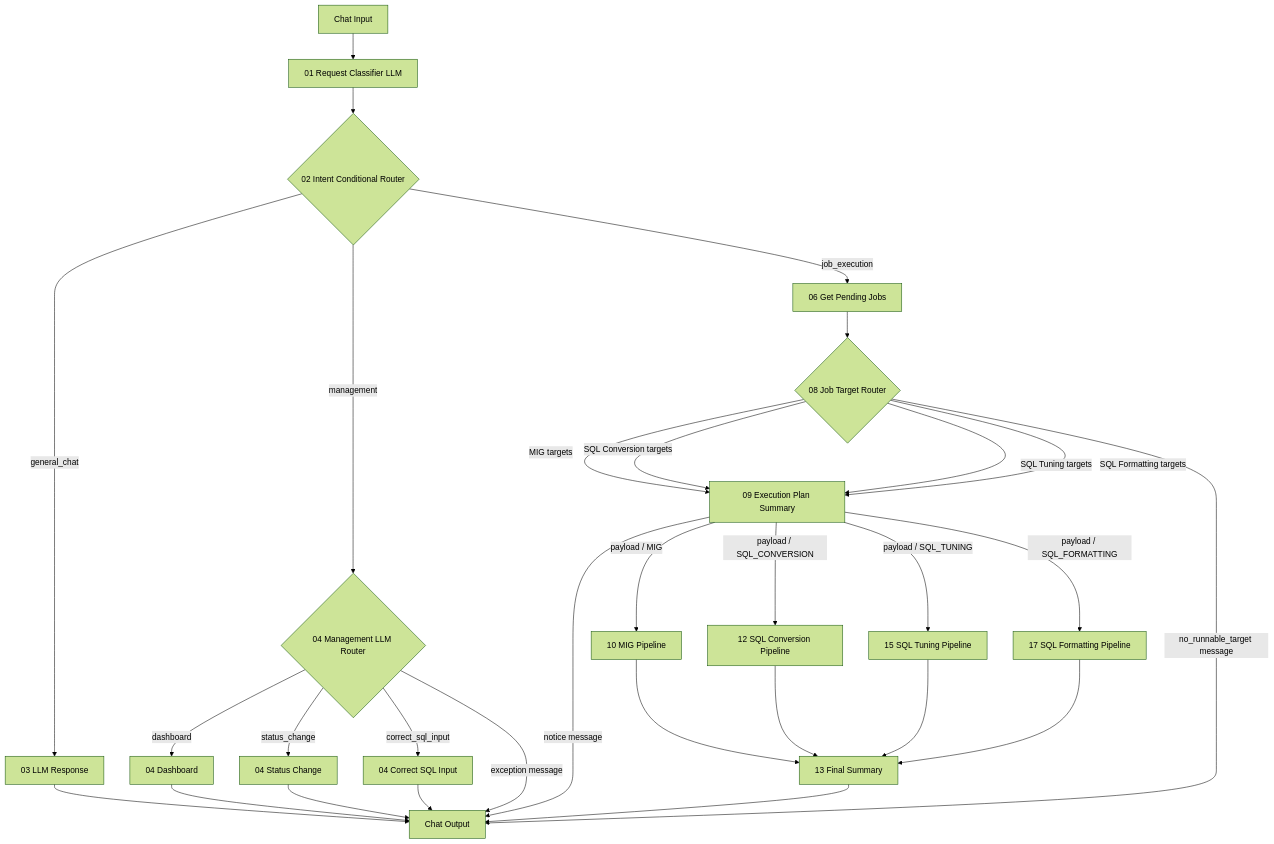
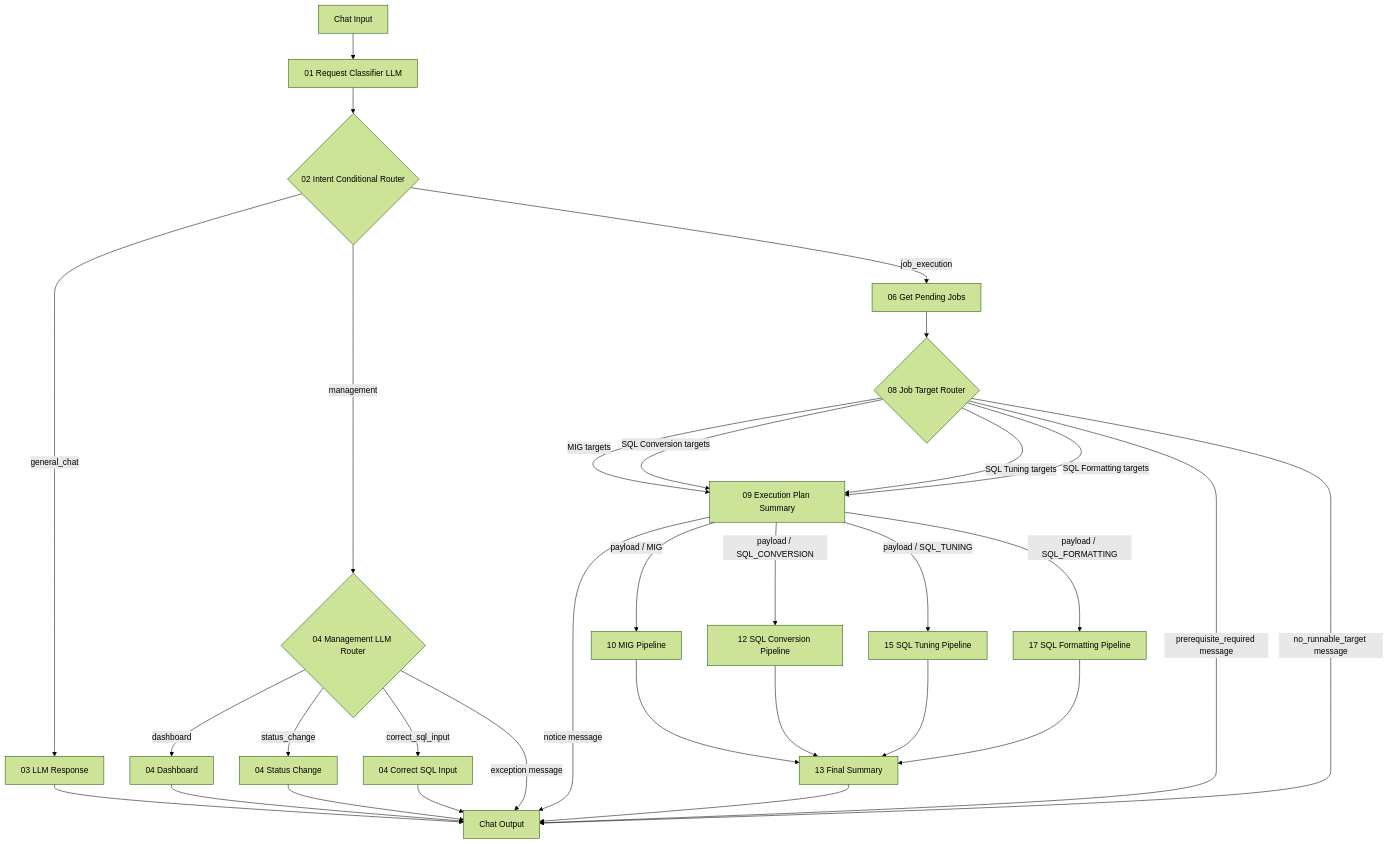
Before and after one commit to seongikjin227-jpg/refactoring_smartMigrate: the diagram in langflow_260819_newType/00_architecture.md, drawn with Mermaid (forest theme). The commit also changed other lines of this file and 6 other files, not shown here.

````diff
--- a/langflow_260819_newType/00_architecture.md
+++ b/langflow_260819_newType/00_architecture.md
@@ -20,39 +21,40 @@
 ```mermaid
 flowchart TD
     A["Chat Input"] --> B["01 Request Classifier LLM"]
     B --> C{"02 Intent Conditional Router"}
 
     C -->|general_chat| D["03 LLM Response"]
     C -->|management| E{"04 Management LLM Router"}
     C -->|job_execution| G["06 Get Pending Jobs"]
 
     E -->|dashboard| E1["04 Dashboard"]
     E -->|status_change| E2["04 Status Change"]
     E -->|correct_sql_input| E3["04 Correct SQL Input"]
     E -->|exception message| OUT["Chat Output"]
 
     G --> H{"08 Job Target Router"}
 
     H -->|MIG targets| P["09 Execution Plan Summary"]
     H -->|SQL Conversion targets| P
     H -->|SQL Tuning targets| P
     H -->|SQL Formatting targets| P
+    H -->|prerequisite_required message| OUT
     H -->|no_runnable_target message| OUT
 
     P -->|notice message| OUT
     P -->|payload / MIG| M["10 MIG Pipeline"]
     P -->|payload / SQL_CONVERSION| C2["12 SQL Conversion Pipeline"]
     P -->|payload / SQL_TUNING| T2["15 SQL Tuning Pipeline"]
     P -->|payload / SQL_FORMATTING| F2["17 SQL Formatting Pipeline"]
 
     M --> S3["13 Final Summary"]
     C2 --> S3
     T2 --> S3
     F2 --> S3
 
     D --> OUT
     E1 --> OUT
     E2 --> OUT
     E3 --> OUT
     S3 --> OUT
 ```
````
